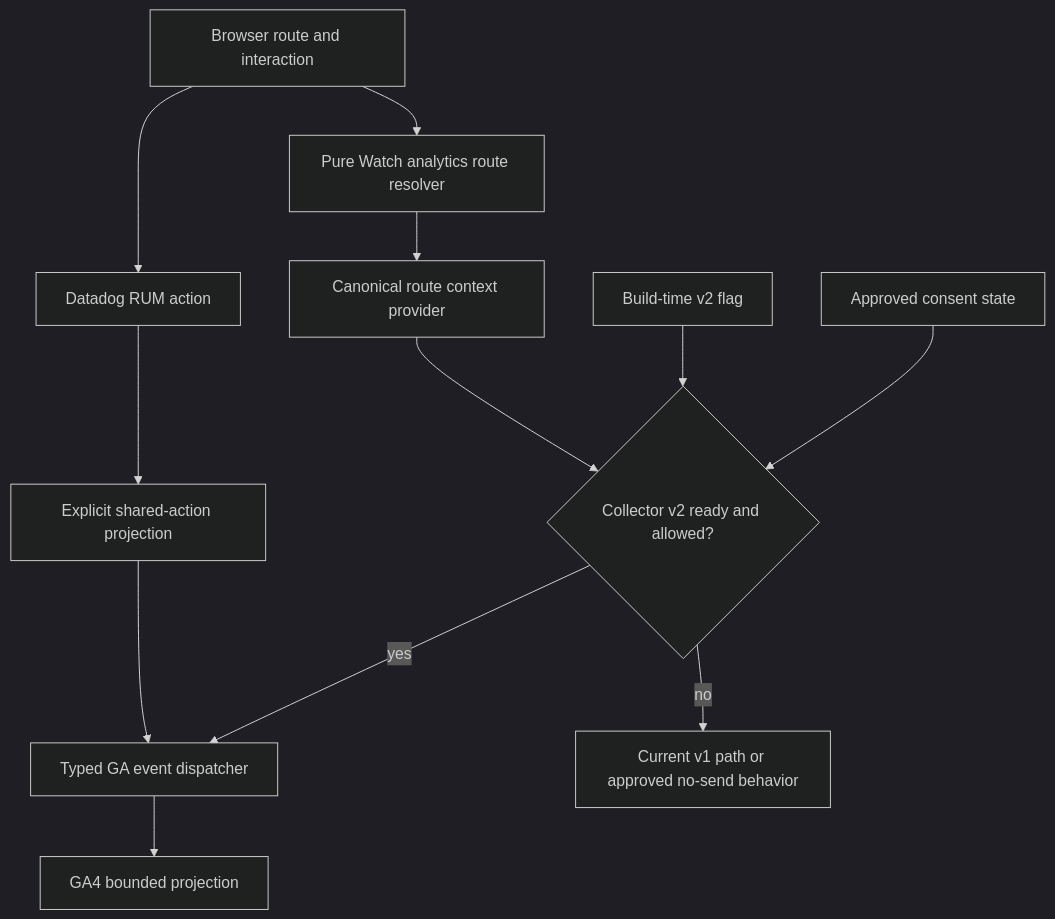
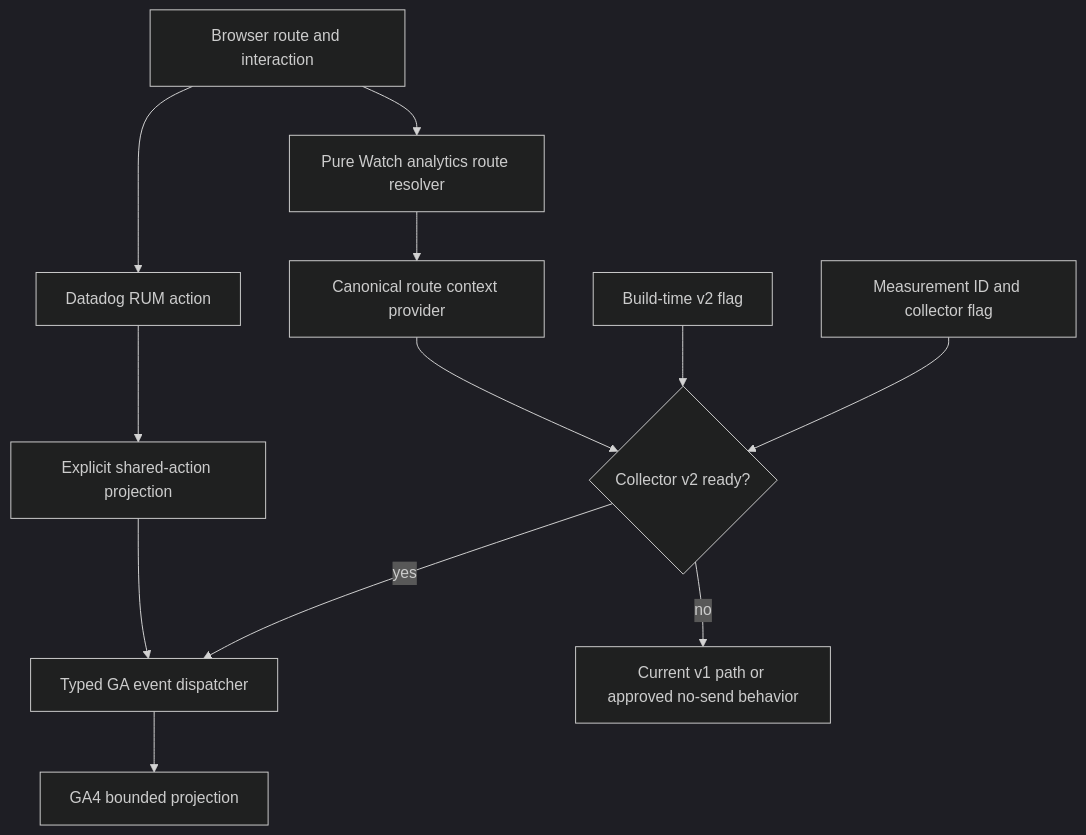
One commit to JesusFilm/forge changed the first of 2 diagrams in docs/plans/2026-08-28-2331-fix-watch-ga4-measurement-plan.md. Above: the diagram before and after it, drawn with Mermaid (dark theme). The commit also changed other lines of this file and 45 other files, not shown here.

````diff
--- a/docs/plans/2026-08-28-2331-fix-watch-ga4-measurement-plan.md
+++ b/docs/plans/2026-08-28-2331-fix-watch-ga4-measurement-plan.md
@@ -214,14 +212,14 @@
 ```mermaid
 flowchart TB
   Browser[Browser route and interaction] --> Route[Pure Watch analytics route resolver]
   Route --> Context[Canonical route context provider]
-  Consent[Approved consent state] --> Gate{Collector v2 ready and allowed?}
+  Configuration[Measurement ID and collector flag] --> Gate{Collector v2 ready?}
   Flag[Build-time v2 flag] --> Gate
   Context --> Gate
   Gate -->|yes| Dispatch[Typed GA event dispatcher]
   Gate -->|no| Legacy[Current v1 path or approved no-send behavior]
   Dispatch --> GA[GA4 bounded projection]
   Browser --> RUM[Datadog RUM action]
   RUM --> Map[Explicit shared-action projection]
   Map --> Dispatch
 ```
````
